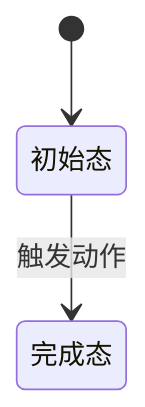
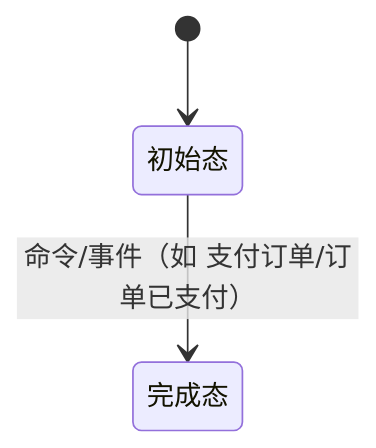
Before and after one commit to Wlx682/AI-Work-Kit: the second of 3 diagrams in Templates/需求分析-带验收标准模板.md, drawn with Mermaid. The commit also changed other lines of this file and 10 other files, not shown here.

````diff
--- a/Templates/需求分析-带验收标准模板.md
+++ b/Templates/需求分析-带验收标准模板.md
@@ -69,5 +122,5 @@
 ```mermaid
 stateDiagram-v2
   [*] --> 初始态
-  初始态 --> 完成态: 触发动作
+  初始态 --> 完成态: 命令/事件（如 支付订单/订单已支付）
 ```
````
